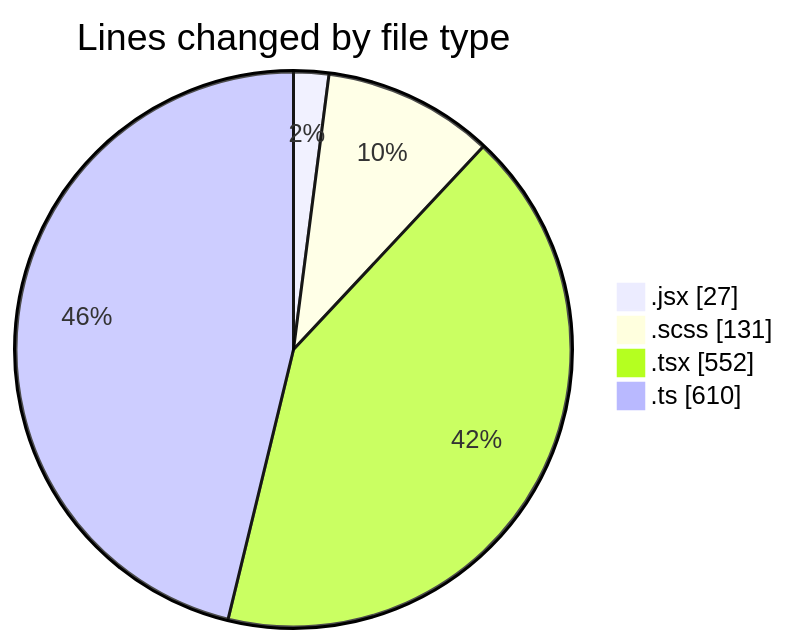
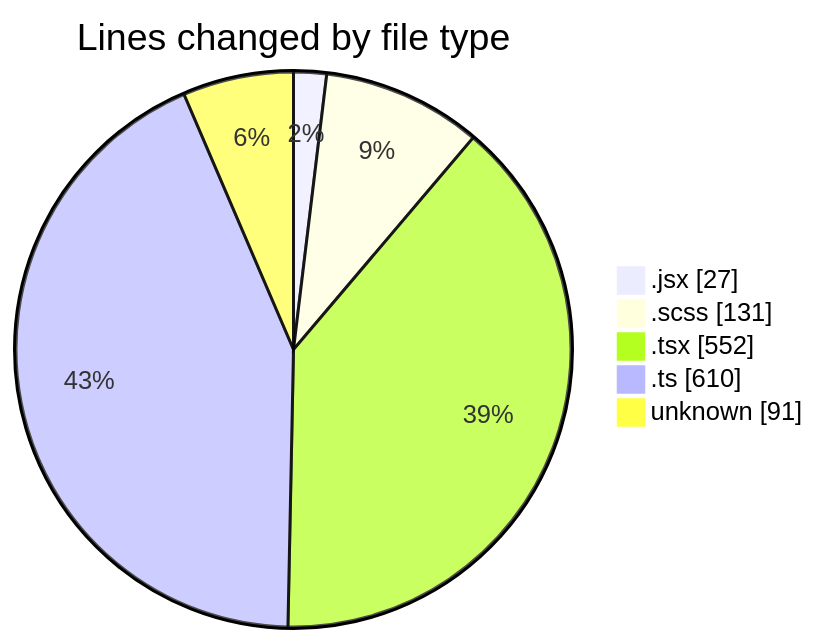
The first of 2 diagrams in 2026-03-16/cda/README.md (momahboobian/code-tracking), drawn with Mermaid before and after one commit. The commit also changed other lines of this file and 1 other file, not shown here.

````diff
--- a/2026-03-16/cda/README.md
+++ b/2026-03-16/cda/README.md
@@ -28,8 +29,9 @@
 ```mermaid
 pie showData
 title Lines changed by file type
 ".jsx" : 27
 ".scss" : 131
 ".tsx" : 552
 ".ts" : 610
+"unknown" : 91
 ```
````
